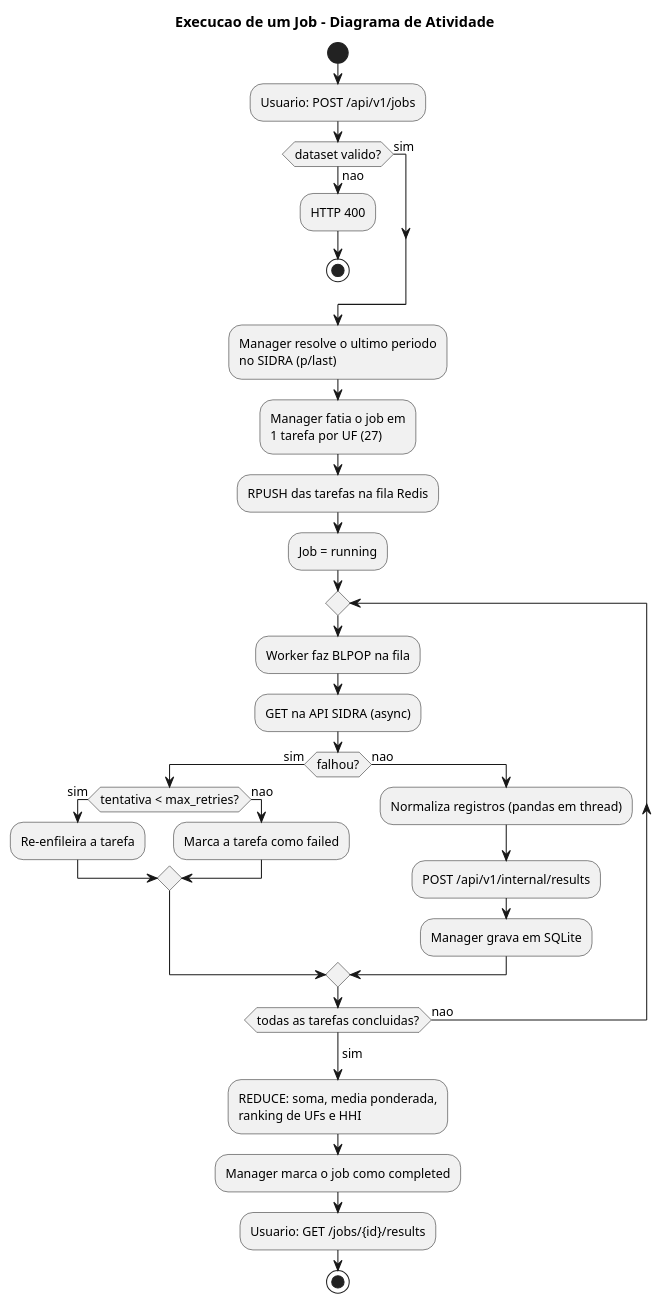
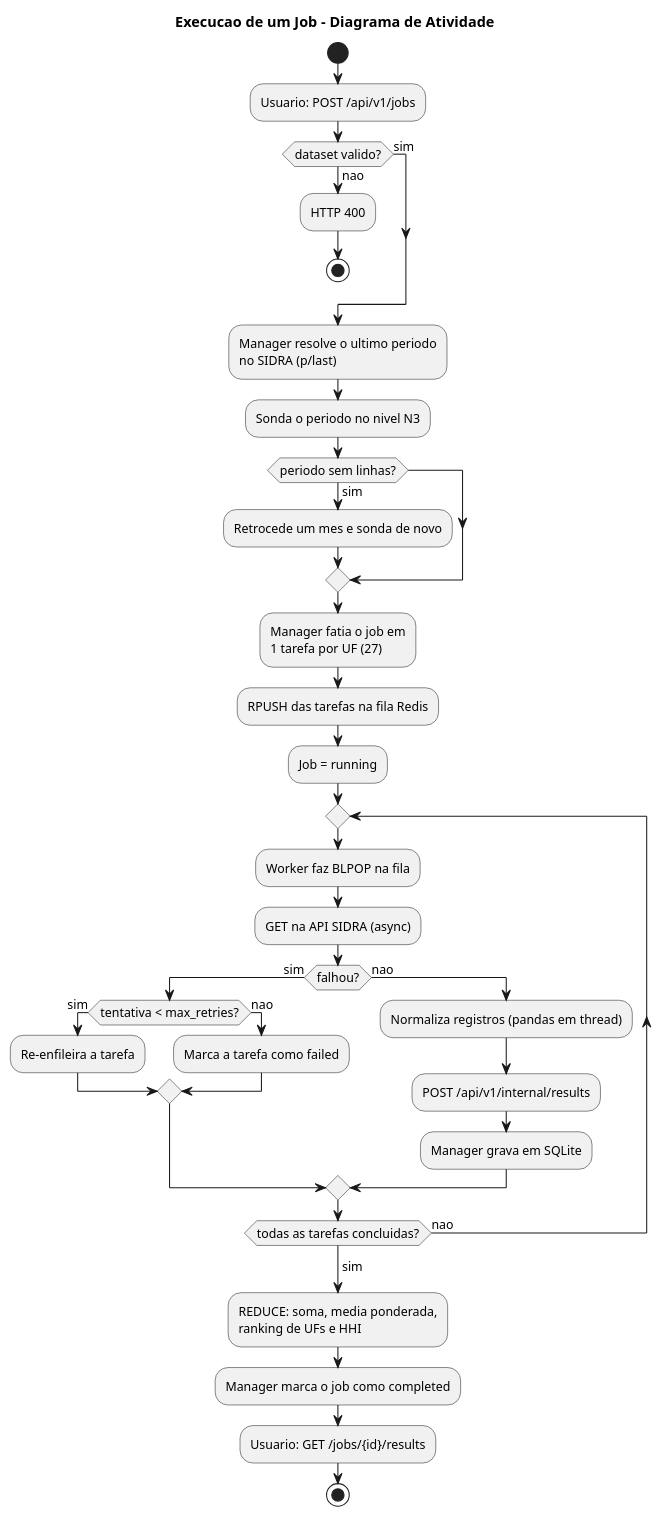
The diagram in docs/diagrams/05-atividade.puml (jpeodr/ecossistema-distribuido), drawn with PlantUML before and after one commit. The commit also changed 21 other files, not shown here.

First line of the commit message:
Pagina de documentacao com arquitetura UML, paralelismo e speedup

```diff
--- a/docs/diagrams/05-atividade.puml
+++ b/docs/diagrams/05-atividade.puml
@@ -1,43 +1,47 @@
 @startuml
 title Execucao de um Job - Diagrama de Atividade
 
 skinparam shadowing false
 skinparam backgroundColor #FFFFFF
 skinparam defaultFontSize 12
 start
 
 :Usuario: POST /api/v1/jobs;
 if (dataset valido?) then (nao)
   :HTTP 400;
   stop
 else (sim)
 endif
 
 :Manager resolve o ultimo periodo\nno SIDRA (p/last);
+:Sonda o periodo no nivel N3;
+if (periodo sem linhas?) then (sim)
+  :Retrocede um mes e sonda de novo;
+endif
 :Manager fatia o job em\n1 tarefa por UF (27);
 :RPUSH das tarefas na fila Redis;
 :Job = running;
 
 repeat
   :Worker faz BLPOP na fila;
   :GET na API SIDRA (async);
   if (falhou?) then (sim)
     if (tentativa < max_retries?) then (sim)
       :Re-enfileira a tarefa;
     else (nao)
       :Marca a tarefa como failed;
     endif
   else (nao)
     :Normaliza registros (pandas em thread);
     :POST /api/v1/internal/results;
     :Manager grava em SQLite;
   endif
 repeat while (todas as tarefas concluidas?) is (nao)
 -> sim;
 
 :REDUCE: soma, media ponderada,\nranking de UFs e HHI;
 :Manager marca o job como completed;
 :Usuario: GET /jobs/{id}/results;
 
 stop
 @enduml
```
